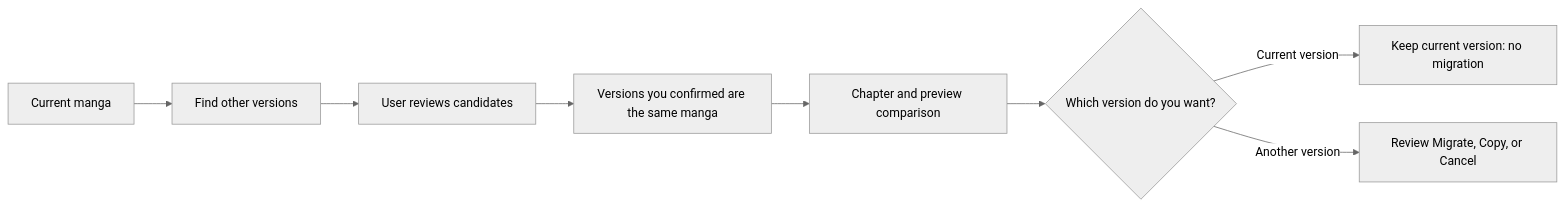
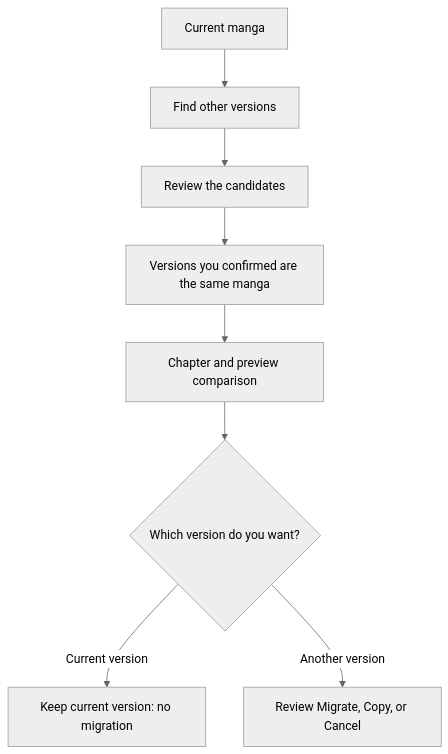
Before and after one commit to FancyCorey/komikku-fc: the first of 4 diagrams in docs/kmk/feature-guides/versions.md, drawn with Mermaid (neutral theme). The commit also changed other lines of this file and 93 other files, not shown here.

````diff
--- a/docs/kmk/feature-guides/versions.md
+++ b/docs/kmk/feature-guides/versions.md
@@ -41,10 +43,10 @@
 ```mermaid
-flowchart LR
+flowchart TD
     Origin["Current manga"] --> Search["Find other versions"]
-    Search --> Review["User reviews candidates"]
+    Search --> Review["Review the candidates"]
     Review --> Links["Versions you confirmed are the same manga"]
     Links --> Compare["Chapter and preview comparison"]
     Compare --> Choice{"Which version do you want?"}
     Choice -->|Current version| Keep["Keep current version: no migration"]
     Choice -->|Another version| Confirm["Review Migrate, Copy, or Cancel"]
 ```
````
